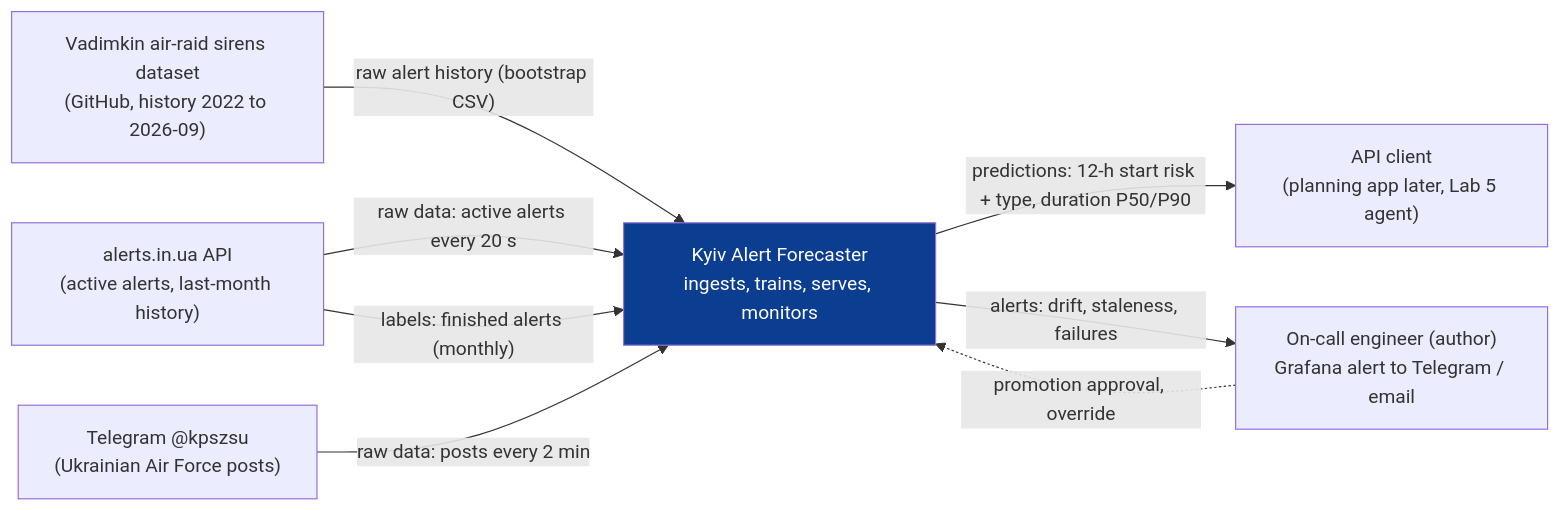
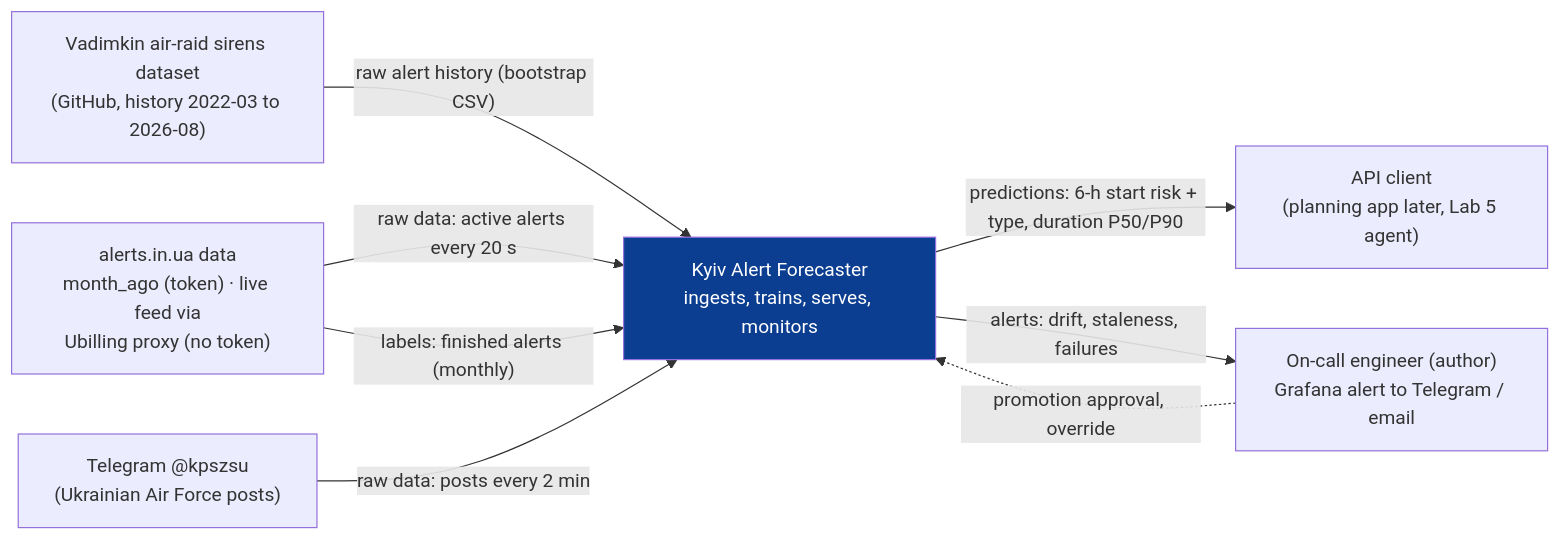
The first of 4 diagrams in docs/design.md (kvitoslava-yarish/mlops-2026), drawn with Mermaid before and after one commit. The commit also changed other lines of this file and 60 other files, not shown here.

````diff
--- a/docs/design.md
+++ b/docs/design.md
@@ -221,19 +284,19 @@
 ```mermaid
 flowchart LR
-    vad["Vadimkin air-raid sirens dataset<br/>(GitHub, history 2022 to 2026-09)"]
-    aiu["alerts.in.ua API<br/>(active alerts, last-month history)"]
+    vad["Vadimkin air-raid sirens dataset<br/>(GitHub, history 2022-03 to 2026-08)"]
+    aiu["alerts.in.ua data<br/>month_ago (token) · live feed via<br/>Ubilling proxy (no token)"]
     tg["Telegram @kpszsu<br/>(Ukrainian Air Force posts)"]
     sys["Kyiv Alert Forecaster<br/>ingests, trains, serves, monitors"]
     cli["API client<br/>(planning app later, Lab 5 agent)"]
     onc["On-call engineer (author)<br/>Grafana alert to Telegram / email"]
 
     vad -- "raw alert history (bootstrap CSV)" --> sys
     aiu -- "raw data: active alerts every 20 s" --> sys
     aiu -- "labels: finished alerts (monthly)" --> sys
     tg -- "raw data: posts every 2 min" --> sys
-    sys -- "predictions: 12-h start risk + type, duration P50/P90" --> cli
+    sys -- "predictions: 6-h start risk + type, duration P50/P90" --> cli
     sys -- "alerts: drift, staleness, failures" --> onc
     onc -. "promotion approval, override" .-> sys
 
     style sys fill:#0b3d91,color:#ffffff
 ```
````
